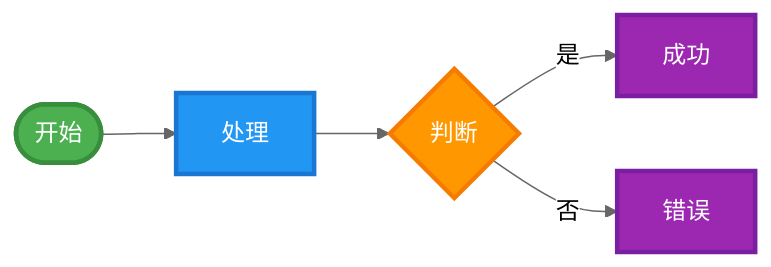
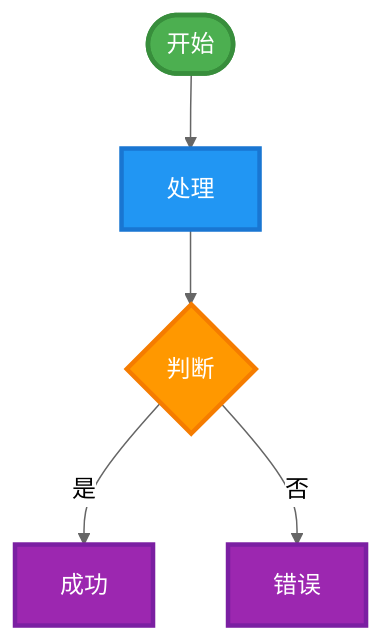
The seventh of 11 diagrams in cursor_rules_v8.1.md (zengxiaolou/Interactive-Feedback-MCP), drawn with Mermaid (neutral theme) before and after one commit. The commit also changed other lines of this file and 1 other file, not shown here.

First line of the commit message:
fix: 完善Mermaid纵向布局规则实施

````diff
--- a/cursor_rules_v8.1.md
+++ b/cursor_rules_v8.1.md
@@ -522,17 +522,17 @@
 ```mermaid
-flowchart LR
+flowchart TD
     Start([" 开始"]) --> Process[" 处理"]
     Process --> Decision{" 判断"}
     Decision -->| 是| Success[" 成功"]
     Decision -->| 否| Error[" 错误"]
     
     classDef startNode fill:#4CAF50,stroke:#388E3C,stroke-width:3px,color:#FFFFFF
     classDef processNode fill:#2196F3,stroke:#1976D2,stroke-width:3px,color:#FFFFFF
     classDef decisionNode fill:#FF9800,stroke:#F57C00,stroke-width:3px,color:#FFFFFF
     classDef resultNode fill:#9C27B0,stroke:#7B1FA2,stroke-width:3px,color:#FFFFFF
     
     class Start startNode
     class Process processNode
     class Decision decisionNode
     class Success,Error resultNode
 ```
````
